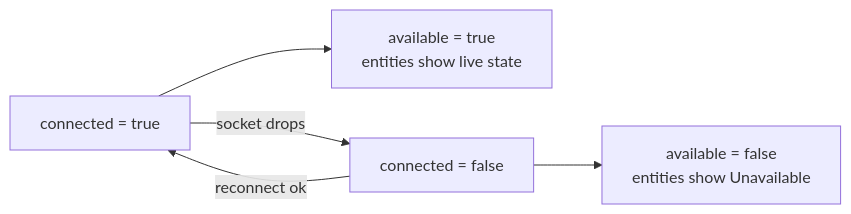
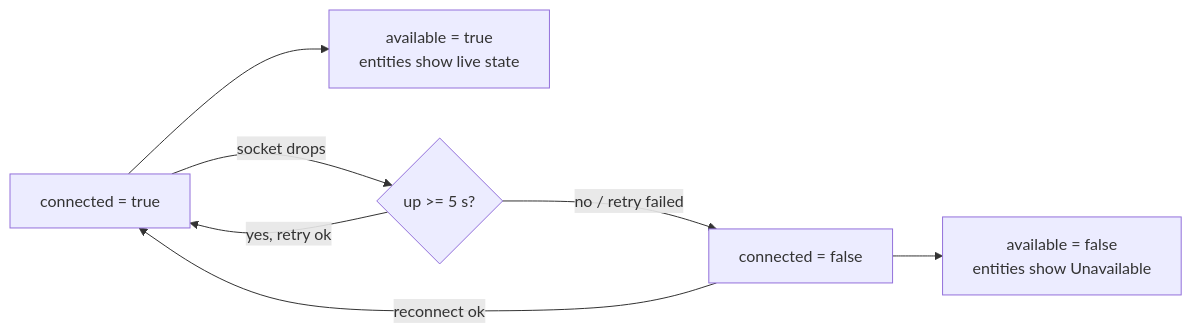
The sixth of 13 diagrams in docs/WORKFLOWS.md (acdcnow/Crow-AAP-Alarm-System-for-Home-Assistant), drawn with Mermaid before and after one commit. The commit also changed other lines of this file and 23 other files, not shown here.

````diff
--- a/docs/WORKFLOWS.md
+++ b/docs/WORKFLOWS.md
@@ -184,7 +194,9 @@
 ```mermaid
 flowchart LR
     C1["connected = true"] --> AV["available = true<br/>entities show live state"]
     C2["connected = false"] --> UN["available = false<br/>entities show Unavailable"]
-    C1 -->|"socket drops"| C2
+    C1 -->|"socket drops"| B{"up >= 5 s?"}
+    B -->|"yes, retry ok"| C1
+    B -->|"no / retry failed"| C2
     C2 -->|"reconnect ok"| C1
 ```
````
